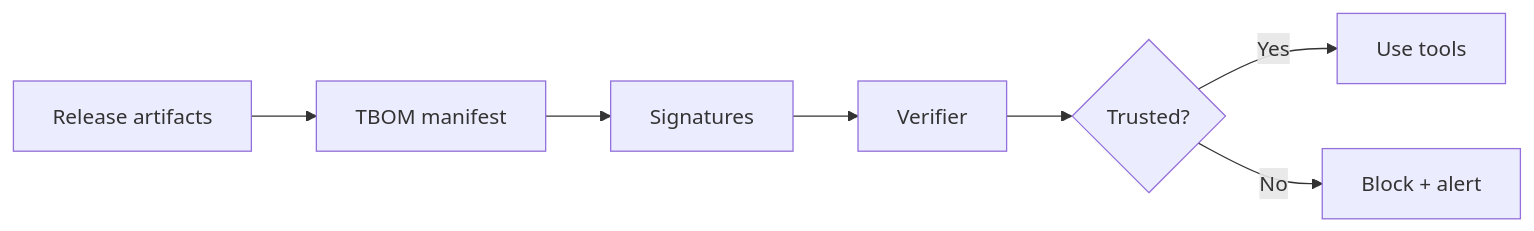
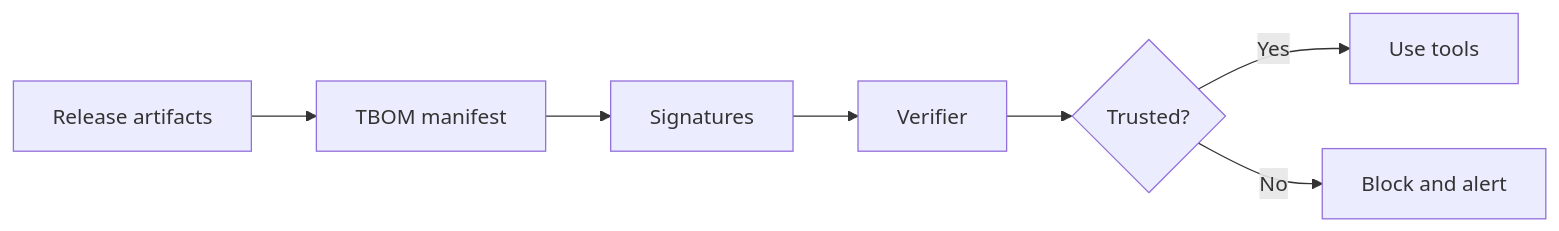
Before and after one commit to jlov7/tbom-rfc: the first of 2 diagrams in README.md, drawn with Mermaid. The commit also changed other lines of this file, not shown here.

Commit message:
Fix Mermaid rendering in README

````diff
--- a/README.md
+++ b/README.md
@@ -114,9 +114,9 @@
 ```mermaid
 flowchart LR
     A[Release artifacts] --> B[TBOM manifest]
     B --> C[Signatures]
     C --> D[Verifier]
     D --> E{Trusted?}
     E -->|Yes| F[Use tools]
-    E -->|No| G[Block + alert]
+    E -->|No| G[Block and alert]
 ```
````
